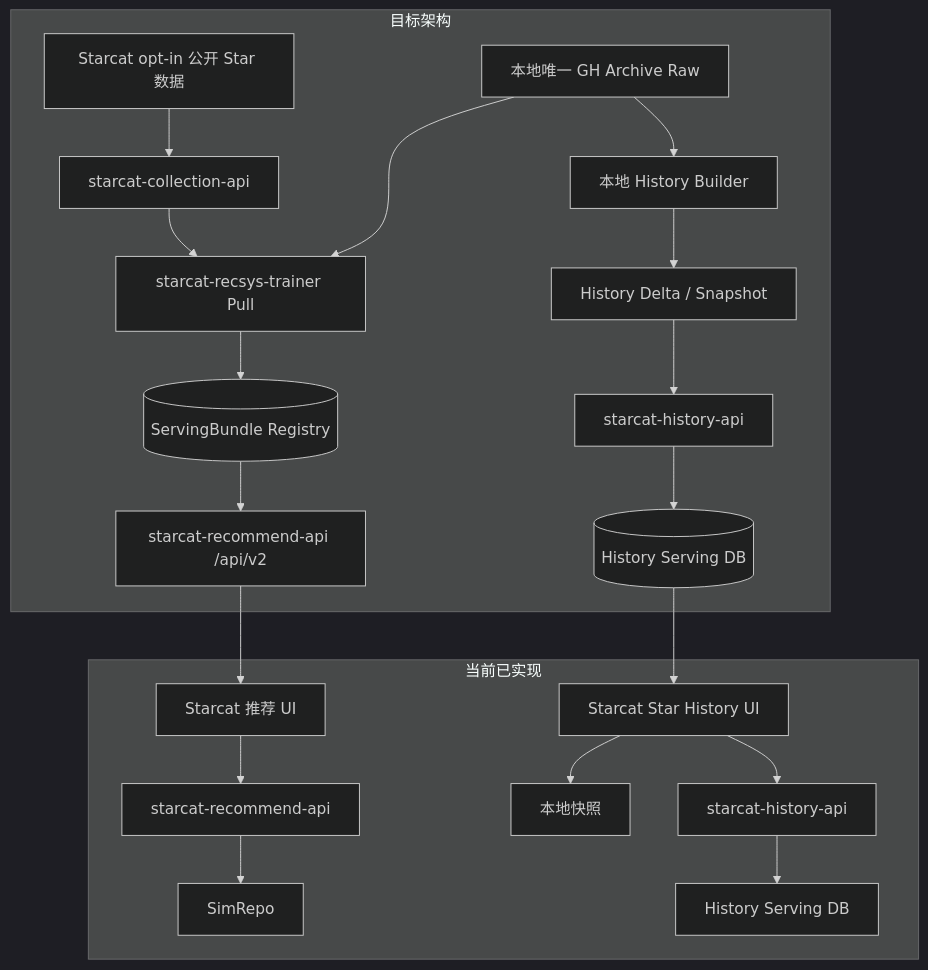
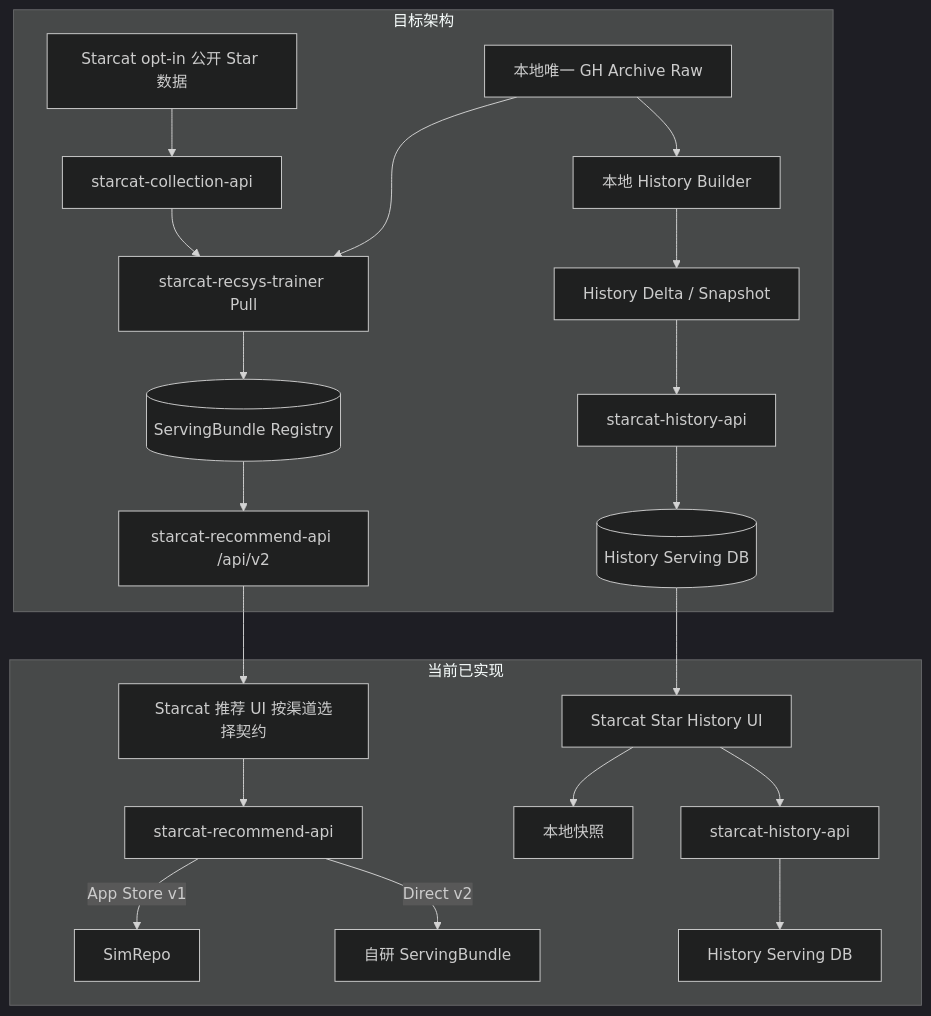
Before and after one commit to starcat-app/Starcat: the diagram in docs/2-产品/需求讨论/推荐算法/README.md, drawn with Mermaid (dark theme). The commit also changed other lines of this file and 1 other file, not shown here.

Commit message:
docs(recommend): 细化2.0.0推荐收口方案

````diff
--- a/docs/2-产品/需求讨论/推荐算法/README.md
+++ b/docs/2-产品/需求讨论/推荐算法/README.md
@@ -38,25 +41,26 @@
 ```mermaid
 flowchart TB
     subgraph Current[当前已实现]
-        A[Starcat 推荐 UI] --> B[starcat-recommend-api]
-        B --> C[SimRepo]
+        A[Starcat 推荐 UI 按渠道选择契约] --> B[starcat-recommend-api]
+        B -->|App Store v1| C[SimRepo]
+        B -->|Direct v2| C2[自研 ServingBundle]
         D[Starcat Star History UI] --> E[本地快照]
         D --> F[starcat-history-api]
         F --> G[History Serving DB]
     end
 
     subgraph Target[目标架构]
         H[Starcat opt-in 公开 Star 数据] --> C1[starcat-collection-api]
         C1 --> I[starcat-recsys-trainer Pull]
         J[本地唯一 GH Archive Raw] --> I
         I --> K[(ServingBundle Registry)]
         K --> L[starcat-recommend-api /api/v2]
         L --> A
 
         J --> HB[本地 History Builder]
         HB --> HD[History Delta / Snapshot]
         HD --> M[starcat-history-api]
         M --> N[(History Serving DB)]
         N --> D
     end
 ```
````
